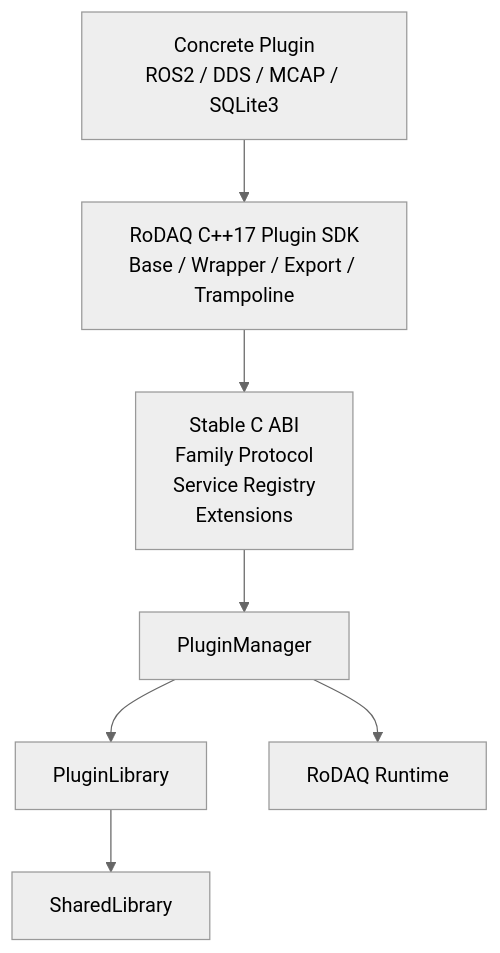
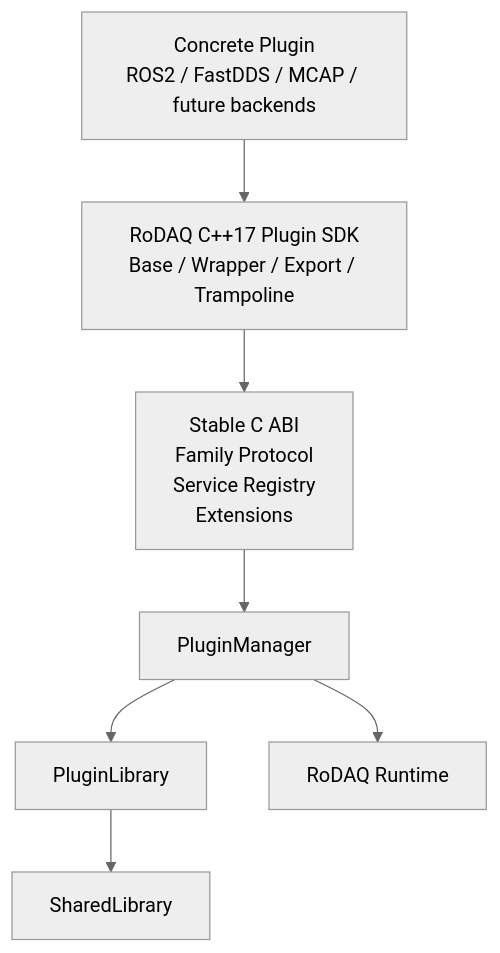
One commit to SiYueY/rodaq changed the first of 4 diagrams in docs/design/rodaq_plugin_system.md. Above: the diagram before and after it, drawn with Mermaid (neutral theme). The commit also changed other lines of this file and 17 other files, not shown here.

````diff
--- a/docs/design/rodaq_plugin_system.md
+++ b/docs/design/rodaq_plugin_system.md
@@ -230,21 +230,21 @@
 ```mermaid
 flowchart TD
-    P["Concrete Plugin<br/>ROS2 / DDS / MCAP / SQLite3"]
+    P["Concrete Plugin<br/>ROS2 / FastDDS / MCAP / future backends"]
 
     SDK["RoDAQ C++17 Plugin SDK<br/>Base / Wrapper / Export / Trampoline"]
 
     ABI["Stable C ABI<br/>Family Protocol<br/>Service Registry<br/>Extensions"]
 
     PM["PluginManager"]
     PL["PluginLibrary"]
     SL["SharedLibrary"]
 
     RT["RoDAQ Runtime"]
 
     P --> SDK
     SDK --> ABI
     ABI --> PM
     PM --> PL
     PL --> SL
     PM --> RT
 ```
````
